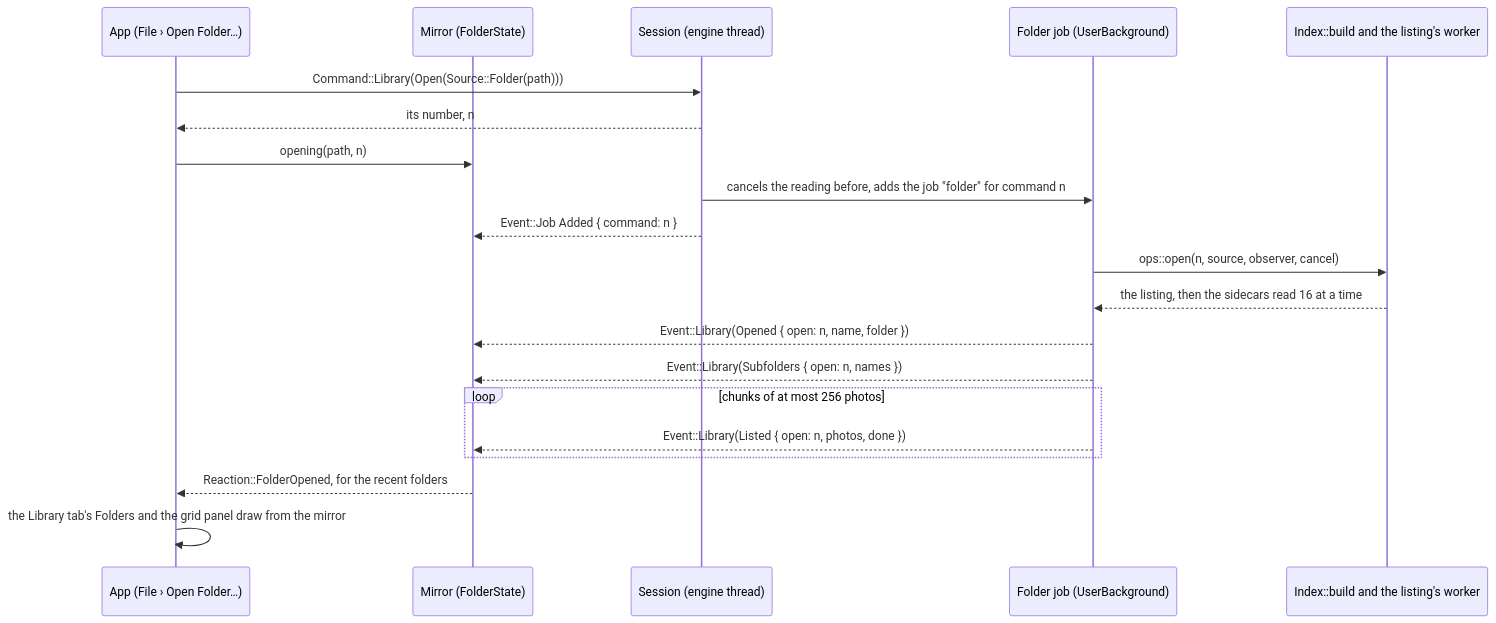
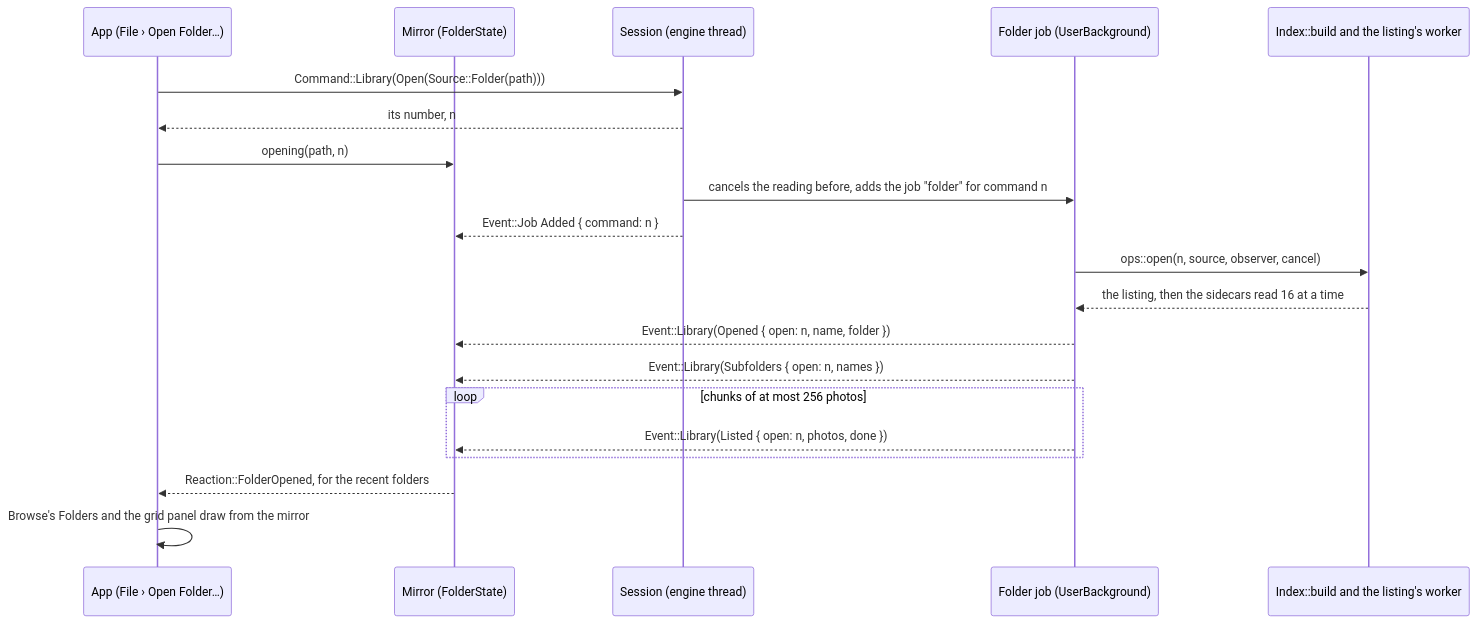
Before and after one commit to apertrust/apertrust: the third of 4 diagrams in docs/library.md, drawn with Mermaid. The commit also changed other lines of this file and 16 other files, not shown here.

First line of the commit message:
Change decisions 37 and 73: the Photos tab and Browse (#36)

````diff
--- a/docs/library.md
+++ b/docs/library.md
@@ -332,22 +332,22 @@
 ```mermaid
 sequenceDiagram
     participant App as App (File › Open Folder…)
     participant Mirror as Mirror (FolderState)
     participant Session as Session (engine thread)
     participant Job as Folder job (UserBackground)
     participant Index as Index::build and the listing's worker
     App->>Session: Command::Library(Open(Source::Folder(path)))
     Session-->>App: its number, n
     App->>Mirror: opening(path, n)
     Session->>Job: cancels the reading before, adds the job "folder" for command n
     Session-->>Mirror: Event::Job Added { command: n }
     Job->>Index: ops::open(n, source, observer, cancel)
     Index-->>Job: the listing, then the sidecars read 16 at a time
     Job-->>Mirror: Event::Library(Opened { open: n, name, folder })
     Job-->>Mirror: Event::Library(Subfolders { open: n, names })
     loop chunks of at most 256 photos
         Job-->>Mirror: Event::Library(Listed { open: n, photos, done })
     end
     Mirror-->>App: Reaction::FolderOpened, for the recent folders
-    App->>App: the Library tab's Folders and the grid panel draw from the mirror
+    App->>App: Browse's Folders and the grid panel draw from the mirror
 ```
````
